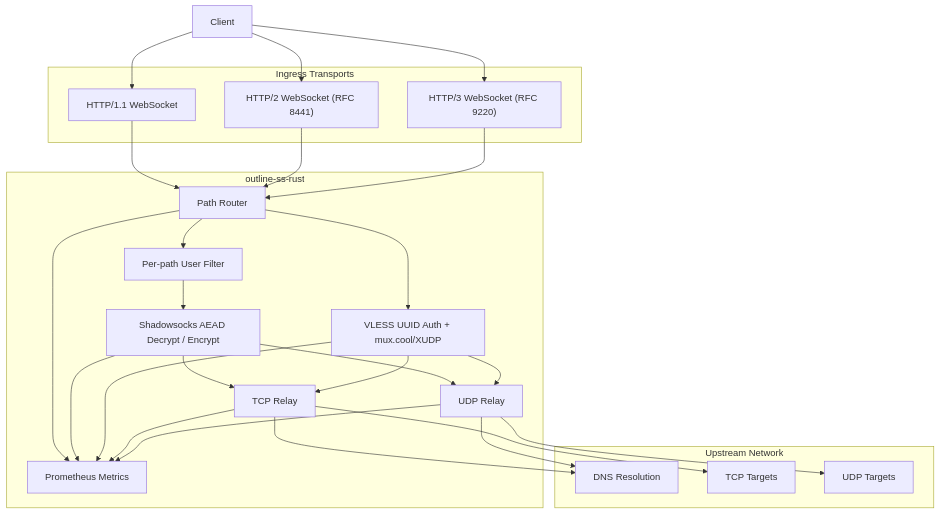
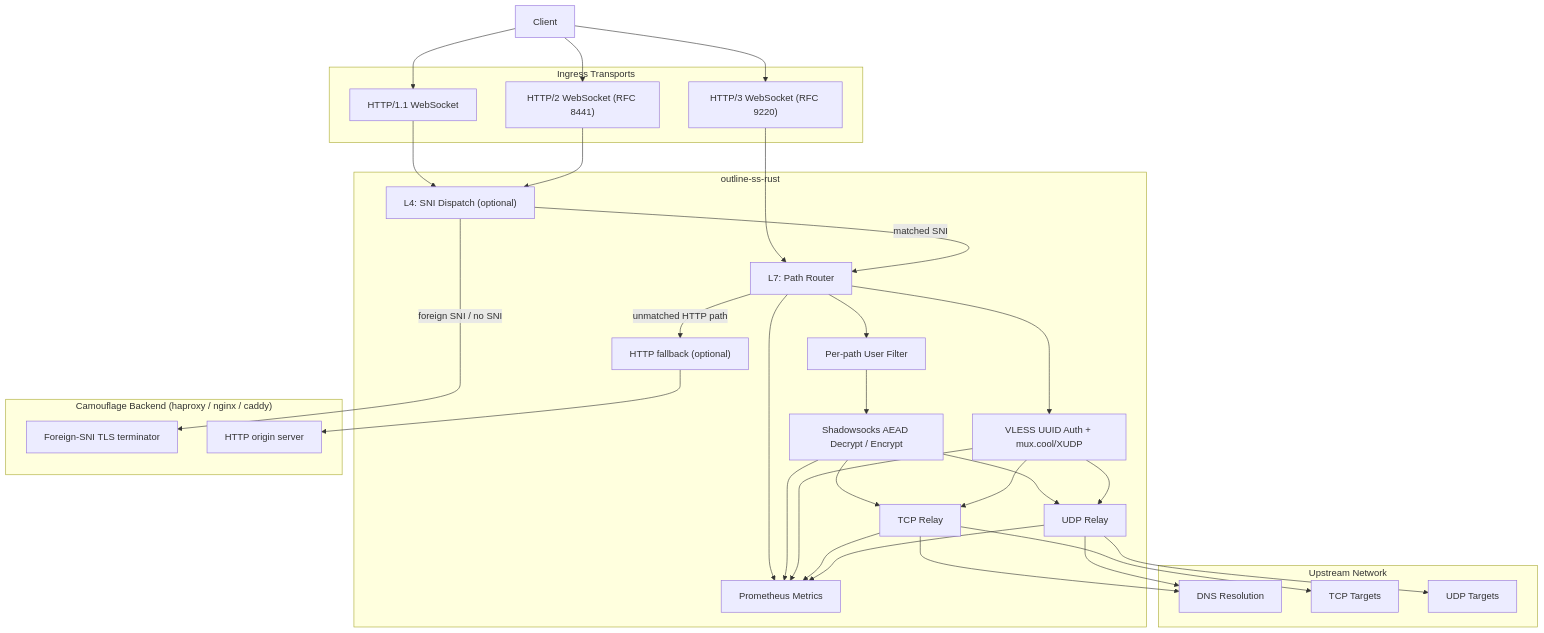
Before and after one commit to balookrd/outline-proxy: the first of 4 diagrams in ss/docs/ARCHITECTURE.md, drawn with Mermaid. The commit also changed other lines of this file and 1 other file, not shown here.

First line of the commit message:
docs(architecture): document L4 SNI + L7 HTTP fallback dispatch

````diff
--- a/ss/docs/ARCHITECTURE.md
+++ b/ss/docs/ARCHITECTURE.md
@@ -9,53 +9,64 @@
 ```mermaid
 flowchart TD
     CLIENT["Client"]
 
     subgraph FRONTEND["Ingress Transports"]
         H1["HTTP/1.1 WebSocket"]
         H2["HTTP/2 WebSocket (RFC 8441)"]
         H3["HTTP/3 WebSocket (RFC 9220)"]
     end
 
     subgraph CORE["outline-ss-rust"]
-        ROUTER["Path Router"]
+        SNID["L4: SNI Dispatch (optional)"]
+        ROUTER["L7: Path Router"]
         FILTER["Per-path User Filter"]
         CRYPTO["Shadowsocks AEAD Decrypt / Encrypt"]
         VLESS["VLESS UUID Auth + mux.cool/XUDP"]
         TCPR["TCP Relay"]
         UDPR["UDP Relay"]
+        HTTPF["HTTP fallback (optional)"]
         METRICS["Prometheus Metrics"]
+    end
+
+    subgraph BACKEND["Camouflage Backend (haproxy / nginx / caddy)"]
+        BSNI["Foreign-SNI TLS terminator"]
+        BWEB["HTTP origin server"]
     end
 
     subgraph UPSTREAM["Upstream Network"]
         DNS["DNS Resolution"]
         TCPU["TCP Targets"]
         UDPU["UDP Targets"]
     end
 
     CLIENT --> H1
     CLIENT --> H2
     CLIENT --> H3
 
-    H1 --> ROUTER
-    H2 --> ROUTER
+    H1 --> SNID
+    H2 --> SNID
     H3 --> ROUTER
+    SNID -- "matched SNI" --> ROUTER
+    SNID -- "foreign SNI / no SNI" --> BSNI
 
     ROUTER --> FILTER
     FILTER --> CRYPTO
     ROUTER --> VLESS
+    ROUTER -- "unmatched HTTP path" --> HTTPF
+    HTTPF --> BWEB
     CRYPTO --> TCPR
     CRYPTO --> UDPR
     VLESS --> TCPR
     VLESS --> UDPR
 
     TCPR --> DNS
     TCPR --> TCPU
     UDPR --> DNS
     UDPR --> UDPU
 
     ROUTER --> METRICS
     CRYPTO --> METRICS
     VLESS --> METRICS
     TCPR --> METRICS
     UDPR --> METRICS
 ```
````
